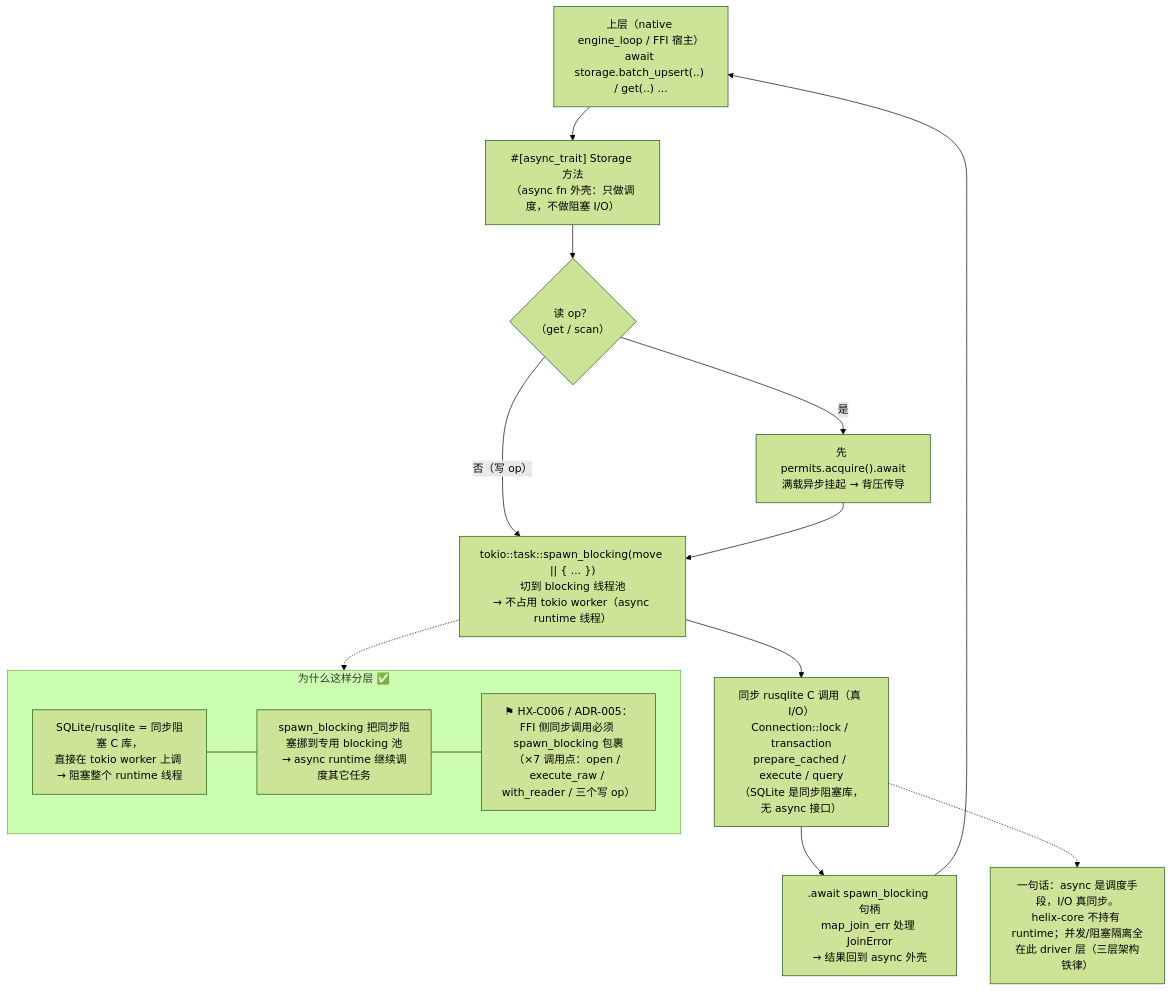
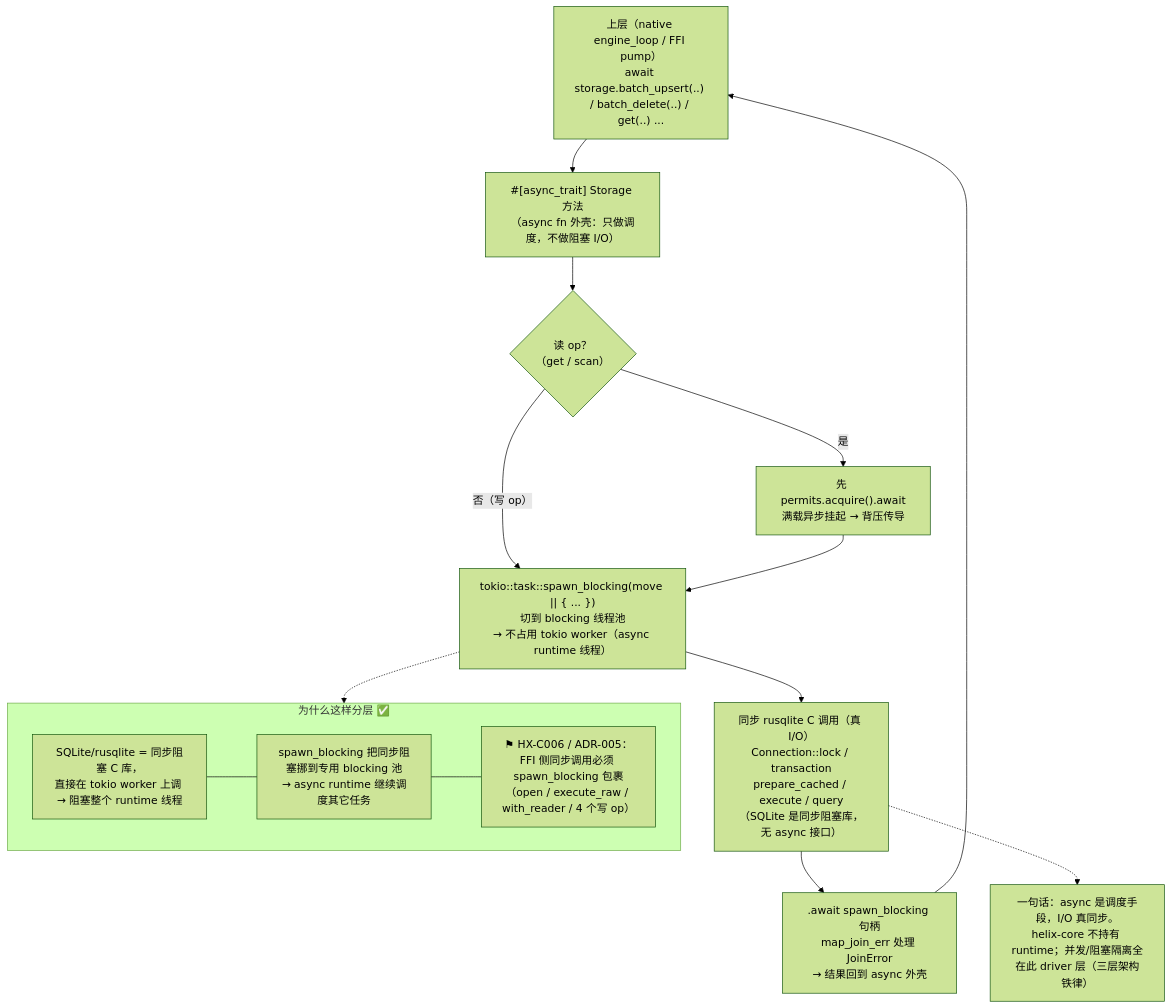
The diagram in crates/helix-driver-host/docs/design/04-async-shell-wraps-sync-io.mmd (zxs1633079383/helix), drawn with Mermaid (forest theme) before and after one commit. The commit also changed 66 other files, not shown here.

```diff
--- a/crates/helix-driver-host/docs/design/04-async-shell-wraps-sync-io.mmd
+++ b/crates/helix-driver-host/docs/design/04-async-shell-wraps-sync-io.mmd
@@ -1,31 +1,31 @@
 %% Helix · helix-driver-host · 异步外壳包同步 I/O
 %% 真源：src/storage.rs（全部 Storage 方法的 spawn_blocking 模式 + with_reader）
 %% 关联：HX-C006（no unwind / 单 owner / spawn_blocking）· ADR-005（FFI 同步调用包 spawn_blocking）
 %% 命题：异步是调度手段，真正的 I/O 是同步的 rusqlite C 调用
 flowchart TD
-    CALLER["上层（native engine_loop / FFI 宿主）\nawait storage.batch_upsert(..) / get(..) ..."]
+    CALLER["上层（native engine_loop / FFI pump）\nawait storage.batch_upsert(..) / batch_delete(..) / get(..) ..."]
 
     CALLER --> ASYNC["#[async_trait] Storage 方法\n（async fn 外壳：只做调度，不做阻塞 I/O）"]
 
     ASYNC --> SEMA{"读 op？\n（get / scan）"}
     SEMA -->|"是"| ACQ["先 permits.acquire().await\n满载异步挂起 → 背压传导"]
     SEMA -->|"否（写 op）"| SB
 
     ACQ --> SB["tokio::task::spawn_blocking(move || { ... })\n切到 blocking 线程池\n→ 不占用 tokio worker（async runtime 线程）"]
 
     SB --> SYNC["同步 rusqlite C 调用（真 I/O）\nConnection::lock / transaction\nprepare_cached / execute / query\n（SQLite 是同步阻塞库，无 async 接口）"]
 
     SYNC --> RET[".await spawn_blocking 句柄\nmap_join_err 处理 JoinError\n→ 结果回到 async 外壳"]
 
     RET --> CALLER
 
     subgraph WHY["为什么这样分层 ✅"]
         WHY1["SQLite/rusqlite = 同步阻塞 C 库，\n直接在 tokio worker 上调 → 阻塞整个 runtime 线程"]
         WHY2["spawn_blocking 把同步阻塞挪到专用 blocking 池\n→ async runtime 继续调度其它任务"]
-        WHY3["⚑ HX-C006 / ADR-005：FFI 侧同步调用必须 spawn_blocking 包裹\n（×7 调用点：open / execute_raw / with_reader / 三个写 op）"]
+        WHY3["⚑ HX-C006 / ADR-005：FFI 侧同步调用必须 spawn_blocking 包裹\n（open / execute_raw / with_reader / 4 个写 op）"]
         WHY1 --- WHY2 --- WHY3
     end
     SB -.-> WHY
 
     note["一句话：async 是调度手段，I/O 真同步。\nhelix-core 不持有 runtime；并发/阻塞隔离全在此 driver 层（三层架构铁律）"]
     SYNC -.-> note
```
